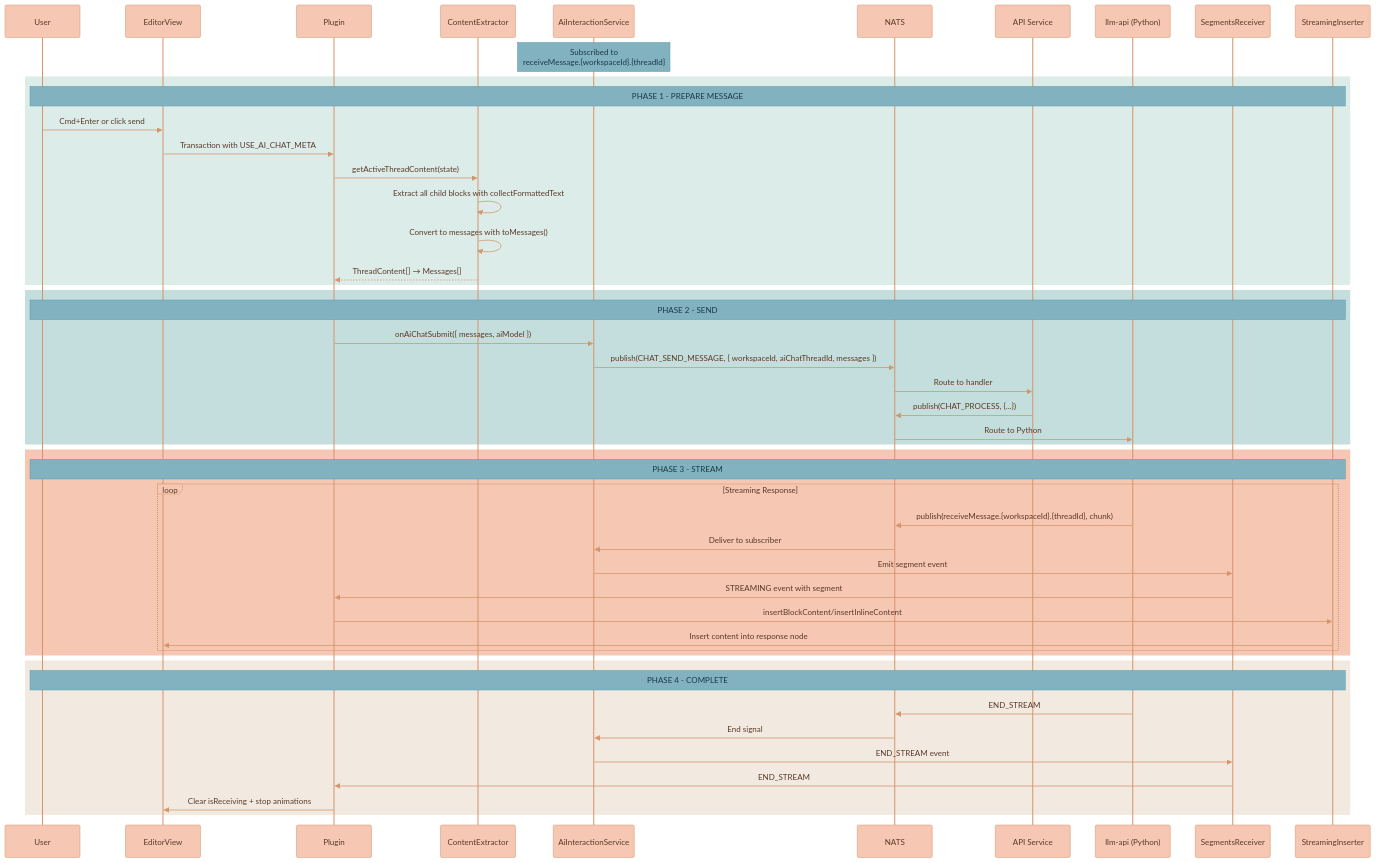
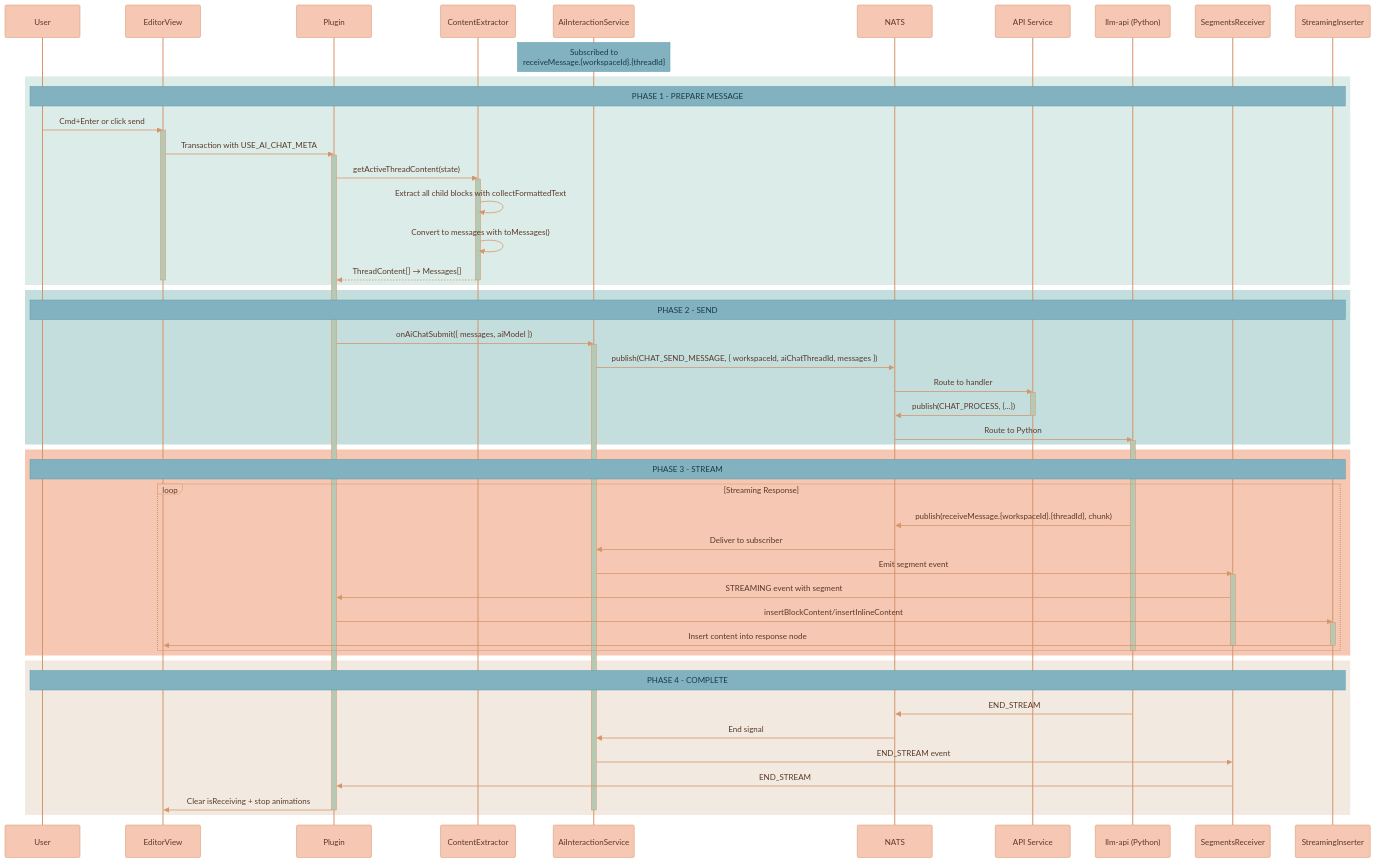
Before and after one commit to Lixpi/lixpi: the third of 5 diagrams in services/web-ui/src/components/proseMirror/plugins/aiChatThreadPlugin/README.md, drawn with Mermaid. The commit also changed other lines of this file and 5 other files, not shown here.

````diff
--- a/services/web-ui/src/components/proseMirror/plugins/aiChatThreadPlugin/README.md
+++ b/services/web-ui/src/components/proseMirror/plugins/aiChatThreadPlugin/README.md
@@ -104,5 +104,5 @@
 ```mermaid
-%%{init: {'theme': 'base', 'themeVariables': { 'noteBkgColor': '#82B2C0', 'noteTextColor': '#1a3a47', 'noteBorderColor': '#5a9aad', 'actorBkg': '#F6C7B3', 'actorBorder': '#d4956a', 'actorTextColor': '#5a3a2a', 'actorLineColor': '#d4956a', 'signalColor': '#d4956a', 'signalTextColor': '#5a3a2a', 'labelBoxBkgColor': '#F6C7B3', 'labelBoxBorderColor': '#d4956a', 'labelTextColor': '#5a3a2a', 'loopTextColor': '#5a3a2a', 'activationBorderColor': '#d4956a', 'activationBkgColor': '#C3DEDD', 'sequenceNumberColor': '#5a3a2a'}}}%%
+%%{init: {'theme': 'base', 'themeVariables': { 'noteBkgColor': '#82B2C0', 'noteTextColor': '#1a3a47', 'noteBorderColor': '#5a9aad', 'actorBkg': '#F6C7B3', 'actorBorder': '#d4956a', 'actorTextColor': '#5a3a2a', 'actorLineColor': '#d4956a', 'signalColor': '#d4956a', 'signalTextColor': '#5a3a2a', 'labelBoxBkgColor': '#F6C7B3', 'labelBoxBorderColor': '#d4956a', 'labelTextColor': '#5a3a2a', 'loopTextColor': '#5a3a2a', 'activationBorderColor': '#d4956a', 'activationBkgColor': '#B5C9B5', 'sequenceNumberColor': '#5a3a2a'}}}%%
 sequenceDiagram
   participant U as User
   participant EV as EditorView
@@ -122,11 +122,16 @@
   rect rgb(220, 236, 233)
     Note over U, SI: PHASE 1 - PREPARE MESSAGE
     U->>EV: Cmd+Enter or click send
+    activate EV
     EV->>PL: Transaction with USE_AI_CHAT_META
+    activate PL
     PL->>CE: getActiveThreadContent(state)
+    activate CE
     CE->>CE: Extract all child blocks with collectFormattedText
     CE->>CE: Convert to messages with toMessages()
     CE-->>PL: ThreadContent[] → Messages[]
+    deactivate CE
+    deactivate EV
   end
 
   %% ═══════════════════════════════════════════════════════════════
@@ -135,10 +140,14 @@
   rect rgb(195, 222, 221)
     Note over U, SI: PHASE 2 - SEND
     PL->>AIS: onAiChatSubmit({ messages, aiModel })
+    activate AIS
     AIS->>NATS: publish(CHAT_SEND_MESSAGE, { workspaceId, aiChatThreadId, messages })
     NATS->>API: Route to handler
+    activate API
     API->>NATS: publish(CHAT_PROCESS, {...})
+    deactivate API
     NATS->>LLM: Route to Python
+    activate LLM
   end
 
   %% ═══════════════════════════════════════════════════════════════
@@ -150,10 +159,15 @@
       LLM->>NATS: publish(receiveMessage.{workspaceId}.{threadId}, chunk)
       NATS->>AIS: Deliver to subscriber
       AIS->>SR: Emit segment event
+      activate SR
       SR->>PL: STREAMING event with segment
       PL->>SI: insertBlockContent/insertInlineContent
+      activate SI
       SI->>EV: Insert content into response node
+      deactivate SI
+      deactivate SR
     end
+    deactivate LLM
   end
 
   %% ═══════════════════════════════════════════════════════════════
@@ -166,5 +180,7 @@
     AIS->>SR: END_STREAM event
     SR->>PL: END_STREAM
     PL->>EV: Clear isReceiving + stop animations
+    deactivate AIS
+    deactivate PL
   end
 ```
````
